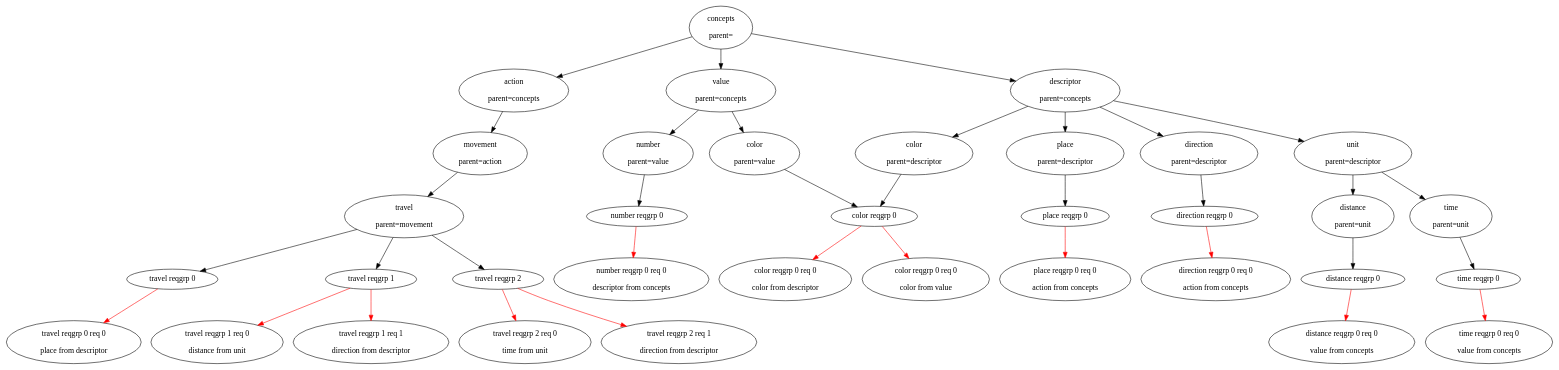
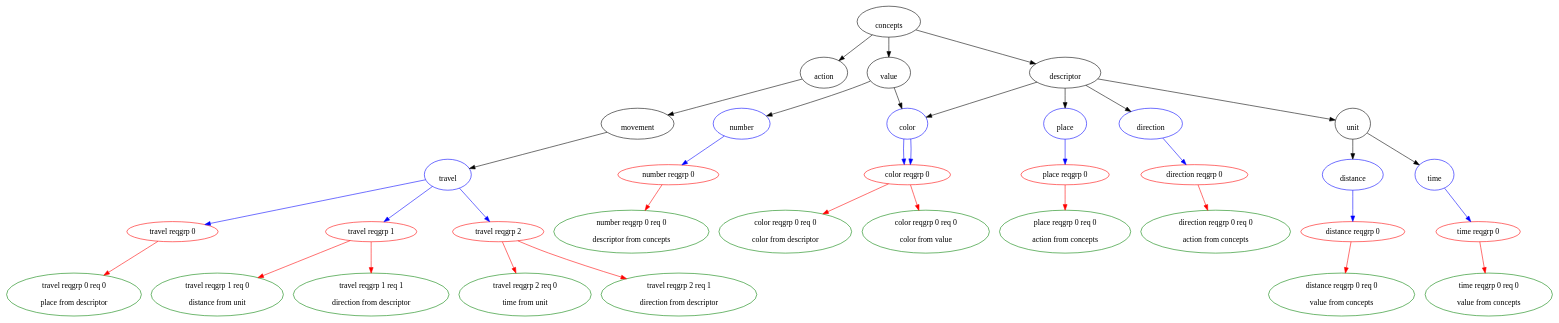
Before and after one commit to jeffminton/Thesis: the diagram in diabot_vs/diabot_vs/web.gv, drawn with Graphviz. The commit also changed 10 other files, not shown here.

```diff
--- a/diabot_vs/diabot_vs/web.gv
+++ b/diabot_vs/diabot_vs/web.gv
@@ -1,37 +1,67 @@
 digraph web{
-"concepts\n\nparent=" -> "action\n\nparent=concepts";
-"action\n\nparent=concepts" -> "movement\n\nparent=action";
-"movement\n\nparent=action" -> "travel\n\nparent=movement";
-"travel\n\nparent=movement" -> "travel reqgrp 0";
+"\nconcepts\n" -> "\naction\n";
+"\naction\n" -> "\nmovement\n";
+"\nmovement\n" -> "\ntravel\n";
+"\ntravel\n" [color=blue];
+"travel reqgrp 0" [color=red];
+"\ntravel\n" -> "travel reqgrp 0" [color=blue];
+"travel reqgrp 0 req 0\n\nplace from descriptor" [color=green];
 "travel reqgrp 0" -> "travel reqgrp 0 req 0\n\nplace from descriptor" [color=red];
-"travel\n\nparent=movement" -> "travel reqgrp 1";
+"travel reqgrp 1" [color=red];
+"\ntravel\n" -> "travel reqgrp 1" [color=blue];
+"travel reqgrp 1 req 0\n\ndistance from unit" [color=green];
 "travel reqgrp 1" -> "travel reqgrp 1 req 0\n\ndistance from unit" [color=red];
+"travel reqgrp 1 req 1\n\ndirection from descriptor" [color=green];
 "travel reqgrp 1" -> "travel reqgrp 1 req 1\n\ndirection from descriptor" [color=red];
-"travel\n\nparent=movement" -> "travel reqgrp 2";
+"travel reqgrp 2" [color=red];
+"\ntravel\n" -> "travel reqgrp 2" [color=blue];
+"travel reqgrp 2 req 0\n\ntime from unit" [color=green];
 "travel reqgrp 2" -> "travel reqgrp 2 req 0\n\ntime from unit" [color=red];
+"travel reqgrp 2 req 1\n\ndirection from descriptor" [color=green];
 "travel reqgrp 2" -> "travel reqgrp 2 req 1\n\ndirection from descriptor" [color=red];
-"concepts\n\nparent=" -> "value\n\nparent=concepts";
-"value\n\nparent=concepts" -> "number\n\nparent=value";
-"number\n\nparent=value" -> "number reqgrp 0";
+"\nconcepts\n" -> "\nvalue\n";
+"\nvalue\n" -> "\nnumber\n";
+"\nnumber\n" [color=blue];
+"number reqgrp 0" [color=red];
+"\nnumber\n" -> "number reqgrp 0" [color=blue];
+"number reqgrp 0 req 0\n\ndescriptor from concepts" [color=green];
 "number reqgrp 0" -> "number reqgrp 0 req 0\n\ndescriptor from concepts" [color=red];
-"value\n\nparent=concepts" -> "color\n\nparent=value";
-"color\n\nparent=value" -> "color reqgrp 0";
+"\nvalue\n" -> "\ncolor\n";
+"\ncolor\n" [color=blue];
+"color reqgrp 0" [color=red];
+"\ncolor\n" -> "color reqgrp 0" [color=blue];
+"color reqgrp 0 req 0\n\ncolor from descriptor" [color=green];
 "color reqgrp 0" -> "color reqgrp 0 req 0\n\ncolor from descriptor" [color=red];
-"concepts\n\nparent=" -> "descriptor\n\nparent=concepts";
-"descriptor\n\nparent=concepts" -> "place\n\nparent=descriptor";
-"place\n\nparent=descriptor" -> "place reqgrp 0";
+"\nconcepts\n" -> "\ndescriptor\n";
+"\ndescriptor\n" -> "\nplace\n";
+"\nplace\n" [color=blue];
+"place reqgrp 0" [color=red];
+"\nplace\n" -> "place reqgrp 0" [color=blue];
+"place reqgrp 0 req 0\n\naction from concepts" [color=green];
 "place reqgrp 0" -> "place reqgrp 0 req 0\n\naction from concepts" [color=red];
-"descriptor\n\nparent=concepts" -> "direction\n\nparent=descriptor";
-"direction\n\nparent=descriptor" -> "direction reqgrp 0";
+"\ndescriptor\n" -> "\ndirection\n";
+"\ndirection\n" [color=blue];
+"direction reqgrp 0" [color=red];
+"\ndirection\n" -> "direction reqgrp 0" [color=blue];
+"direction reqgrp 0 req 0\n\naction from concepts" [color=green];
 "direction reqgrp 0" -> "direction reqgrp 0 req 0\n\naction from concepts" [color=red];
-"descriptor\n\nparent=concepts" -> "unit\n\nparent=descriptor";
-"unit\n\nparent=descriptor" -> "distance\n\nparent=unit";
-"distance\n\nparent=unit" -> "distance reqgrp 0";
+"\ndescriptor\n" -> "\nunit\n";
+"\nunit\n" -> "\ndistance\n";
+"\ndistance\n" [color=blue];
+"distance reqgrp 0" [color=red];
+"\ndistance\n" -> "distance reqgrp 0" [color=blue];
+"distance reqgrp 0 req 0\n\nvalue from concepts" [color=green];
 "distance reqgrp 0" -> "distance reqgrp 0 req 0\n\nvalue from concepts" [color=red];
-"unit\n\nparent=descriptor" -> "time\n\nparent=unit";
-"time\n\nparent=unit" -> "time reqgrp 0";
+"\nunit\n" -> "\ntime\n";
+"\ntime\n" [color=blue];
+"time reqgrp 0" [color=red];
+"\ntime\n" -> "time reqgrp 0" [color=blue];
+"time reqgrp 0 req 0\n\nvalue from concepts" [color=green];
 "time reqgrp 0" -> "time reqgrp 0 req 0\n\nvalue from concepts" [color=red];
-"descriptor\n\nparent=concepts" -> "color\n\nparent=descriptor";
-"color\n\nparent=descriptor" -> "color reqgrp 0";
+"\ndescriptor\n" -> "\ncolor\n";
+"\ncolor\n" [color=blue];
+"color reqgrp 0" [color=red];
+"\ncolor\n" -> "color reqgrp 0" [color=blue];
+"color reqgrp 0 req 0\n\ncolor from value" [color=green];
 "color reqgrp 0" -> "color reqgrp 0 req 0\n\ncolor from value" [color=red];
 }
```
